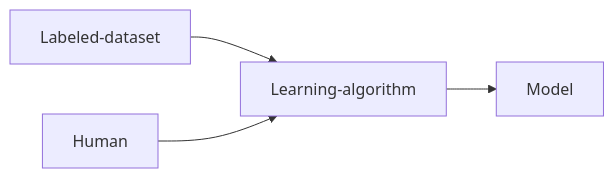
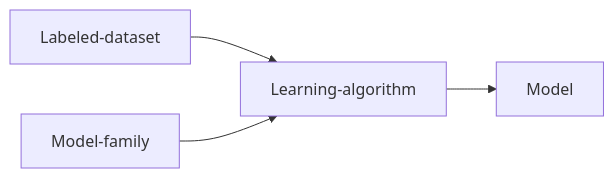
One commit to bsc-iitm/machine-learning-foundations changed the third of 3 diagrams in docs/week-1/ml_problem.md. Above: the diagram before and after it, drawn with Mermaid. The commit also changed other lines of this file and 26 other files, not shown here.

````diff
--- a/docs/week-1/ml_problem.md
+++ b/docs/week-1/ml_problem.md
@@ -110,6 +114,6 @@
 ```mermaid
 graph LR
   A[Labeled-dataset] --> B[Learning-algorithm];
-  D[Human] --> B[Learnin-algorithm]
+  D[Model-family] --> B[Learnin-algorithm]
   B[Learning-algorithm] --> C[Model];
 ```
````
